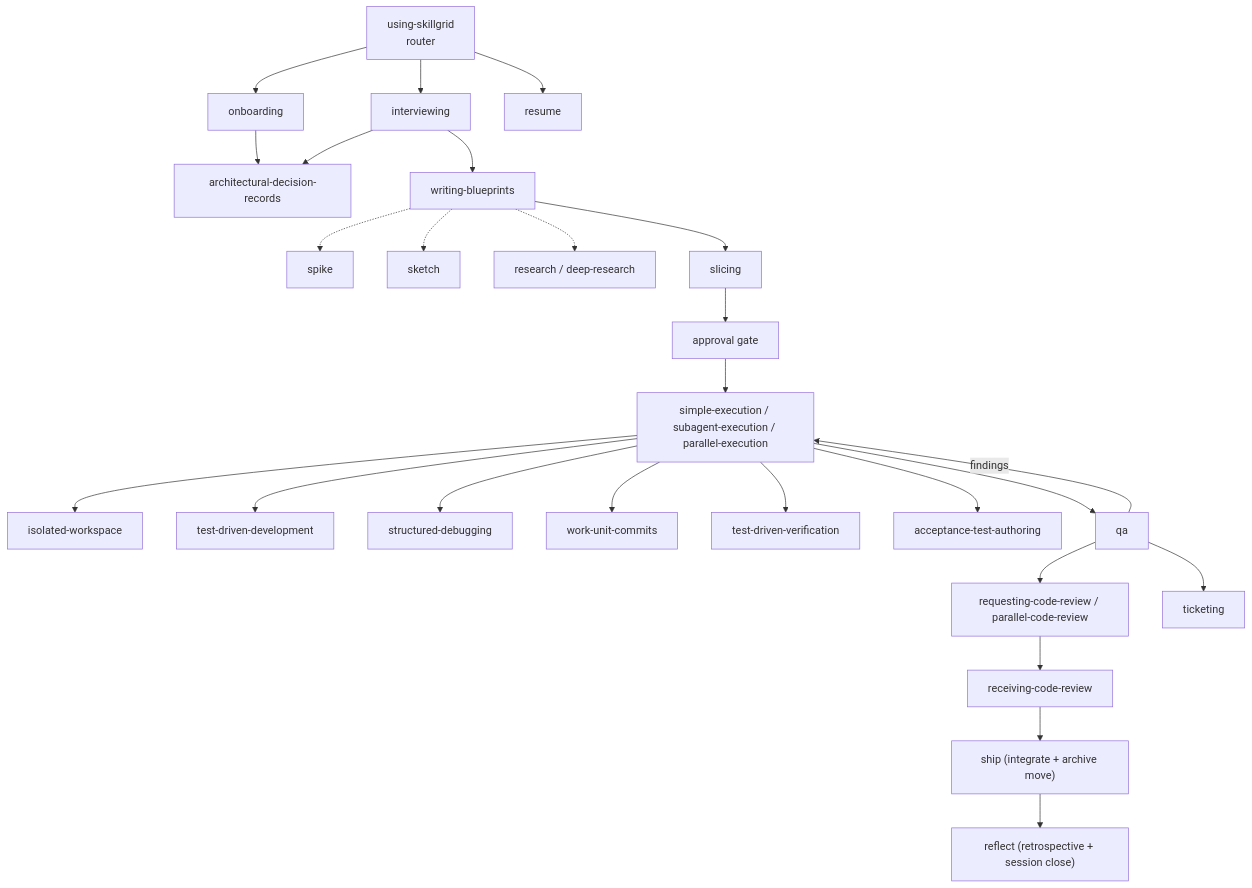
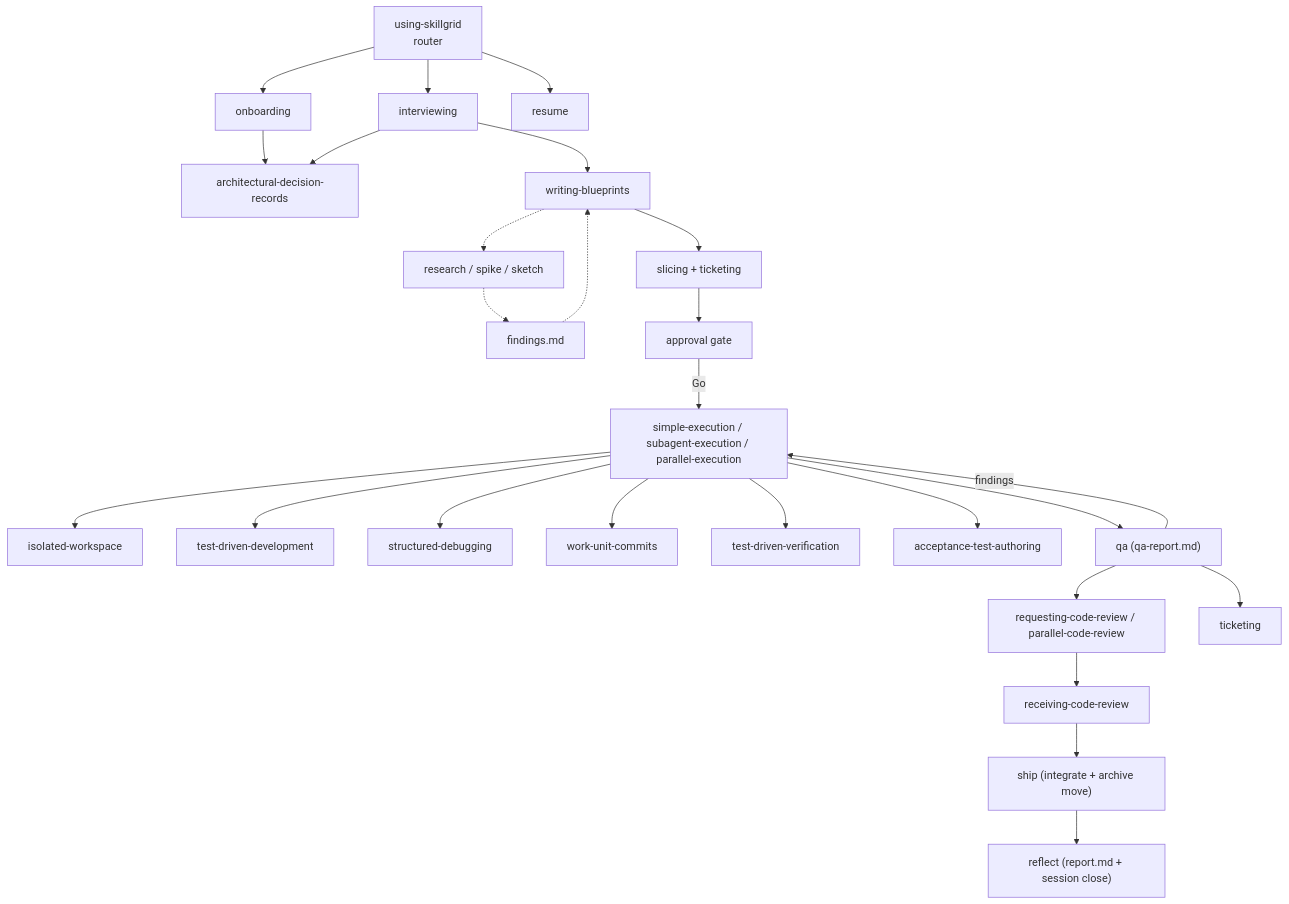
The diagram in docs/user-guide/03-workflow-usage.md (devopstales/skillgrid), drawn with Mermaid before and after one commit. The commit also changed other lines of this file and 27 other files, not shown here.

````diff
--- a/docs/user-guide/03-workflow-usage.md
+++ b/docs/user-guide/03-workflow-usage.md
@@ -46,34 +46,34 @@
 ```mermaid
 flowchart TD
     entry["using-skillgrid<br/>router"] --> onboard["onboarding"]
     entry --> interview["interviewing"]
     entry --> resume["resume"]
 
     onboard --> adr["architectural-decision-records"]
 
     interview --> adr
     interview --> blueprint["writing-blueprints"]
 
-    blueprint -.-> spike["spike"]
-    blueprint -.-> sketch["sketch"]
-    blueprint -.-> research["research / deep-research"]
+    blueprint -.-> research["research / spike / sketch"]
+    research -.-> findings["findings.md"]
+    findings -.-> blueprint
 
-    blueprint --> slicing["slicing"]
+    blueprint --> slicing["slicing + ticketing"]
     slicing --> gate["approval gate"]
 
-    gate --> apply["simple-execution / subagent-execution / parallel-execution"]
+    gate -->|Go| apply["simple-execution / subagent-execution / parallel-execution"]
     apply --> isolated["isolated-workspace"]
     apply --> tdd["test-driven-development"]
     apply --> debug["structured-debugging"]
     apply --> workunits["work-unit-commits"]
     apply --> tddverif["test-driven-verification"]
     apply --> accept["acceptance-test-authoring"]
 
-    apply --> qa["qa"]
+    apply --> qa["qa (qa-report.md)"]
     qa --> reqreview["requesting-code-review / parallel-code-review"]
     reqreview --> reception["receiving-code-review"]
     reception --> ship["ship (integrate + archive move)"]
-    ship --> reflect["reflect (retrospective + session close)"]
+    ship --> reflect["reflect (report.md + session close)"]
     qa -->|findings| apply
     qa --> ticket["ticketing"]
 ```
````
